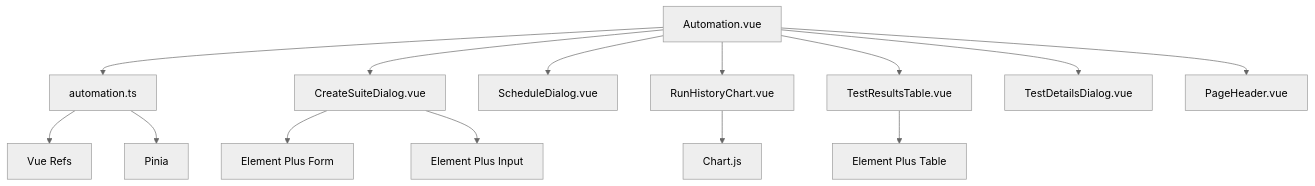
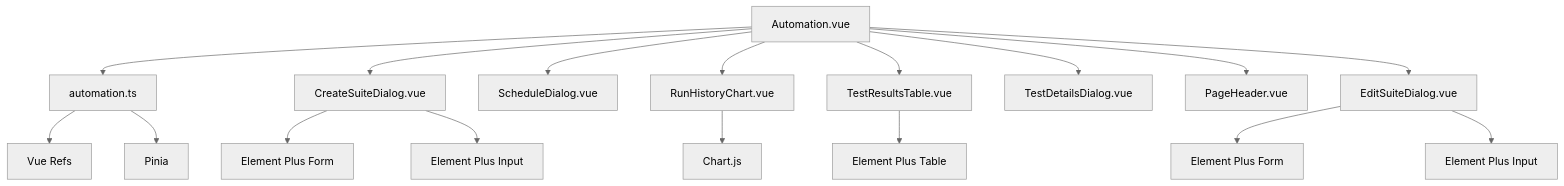
One commit to Mr6pets/onlineInterfaceDebugTool changed the seventh of 7 diagrams in .qoder/repowiki/zh/content/核心功能/自动化测试.md. Above: the diagram before and after it, drawn with Mermaid (neutral theme). The commit also changed other lines of this file and 9 other files, not shown here.

````diff
--- a/.qoder/repowiki/zh/content/核心功能/自动化测试.md
+++ b/.qoder/repowiki/zh/content/核心功能/自动化测试.md
@@ -202,16 +237,19 @@
 ```mermaid
 graph TD
 A[Automation.vue] --> B[automation.ts]
 A --> C[CreateSuiteDialog.vue]
 A --> D[ScheduleDialog.vue]
 A --> E[RunHistoryChart.vue]
 A --> F[TestResultsTable.vue]
 A --> G[TestDetailsDialog.vue]
 A --> H[PageHeader.vue]
-B --> I[Vue Refs]
-B --> J[Pinia]
-C --> K[Element Plus Form]
-C --> L[Element Plus Input]
-E --> M[Chart.js]
-F --> N[Element Plus Table]
+A --> I[EditSuiteDialog.vue]
+B --> J[Vue Refs]
+B --> K[Pinia]
+C --> L[Element Plus Form]
+C --> M[Element Plus Input]
+E --> N[Chart.js]
+F --> O[Element Plus Table]
+I --> P[Element Plus Form]
+I --> Q[Element Plus Input]
 ```
````
